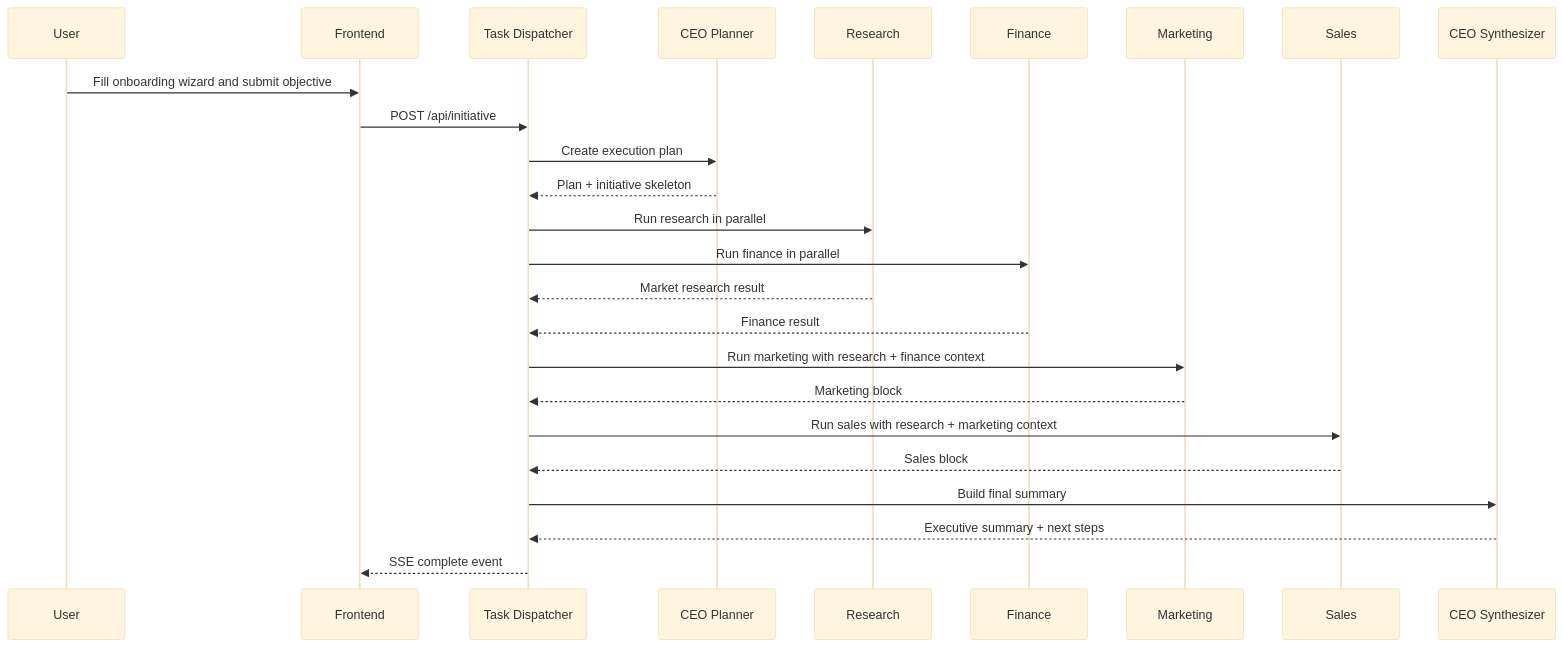
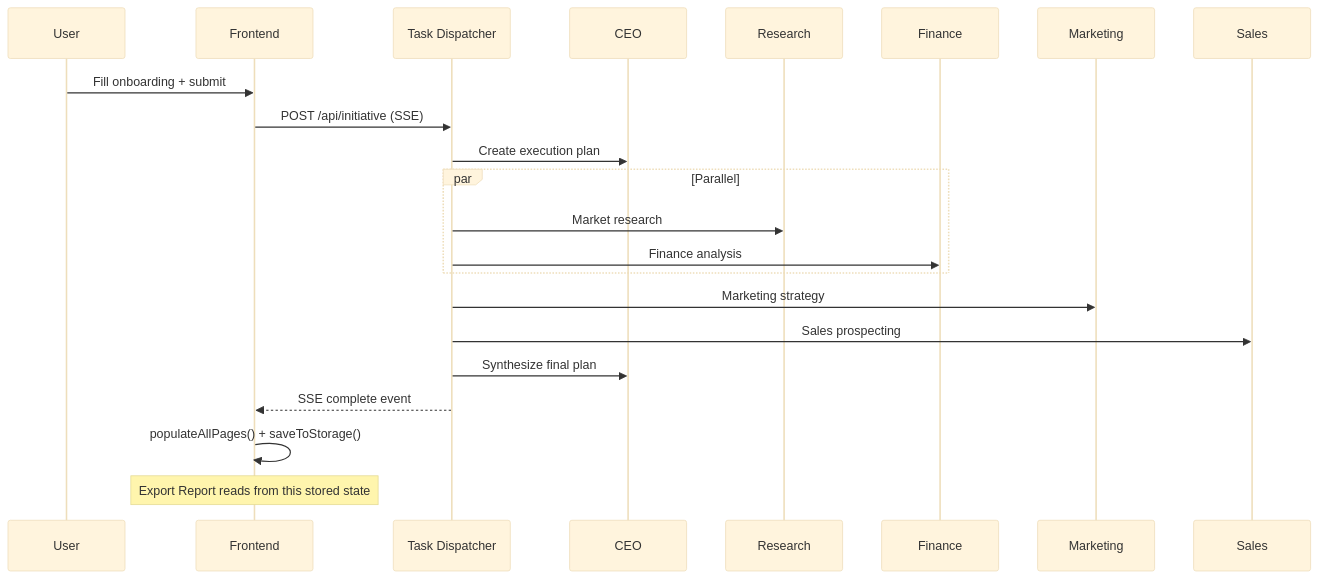
The second of 2 diagrams in README.md (KunalChoudhary07/company_OS), drawn with Mermaid (base theme) before and after one commit. The commit also changed other lines of this file and 6 other files, not shown here.

First line of the commit message:
feat: Add Export Report feature (PDF/CSV/HTML) for business profiles

````diff
--- a/README.md
+++ b/README.md
@@ -427,28 +297,25 @@
 ```mermaid
 sequenceDiagram
     participant U as User
     participant F as Frontend
     participant D as Task Dispatcher
-    participant C as CEO Planner
+    participant C as CEO
     participant R as Research
     participant N as Finance
     participant M as Marketing
     participant S as Sales
-    participant Y as CEO Synthesizer
 
-    U->>F: Fill onboarding wizard and submit objective
-    F->>D: POST /api/initiative
+    U->>F: Fill onboarding + submit
+    F->>D: POST /api/initiative (SSE)
     D->>C: Create execution plan
-    C-->>D: Plan + initiative skeleton
-    D->>R: Run research in parallel
-    D->>N: Run finance in parallel
-    R-->>D: Market research result
-    N-->>D: Finance result
-    D->>M: Run marketing with research + finance context
-    M-->>D: Marketing block
-    D->>S: Run sales with research + marketing context
-    S-->>D: Sales block
-    D->>Y: Build final summary
-    Y-->>D: Executive summary + next steps
+    par Parallel
+        D->>R: Market research
+        D->>N: Finance analysis
+    end
+    D->>M: Marketing strategy
+    D->>S: Sales prospecting
+    D->>C: Synthesize final plan
     D-->>F: SSE complete event
+    F->>F: populateAllPages() + saveToStorage()
+    Note over F: Export Report reads from this stored state
 ```
````
